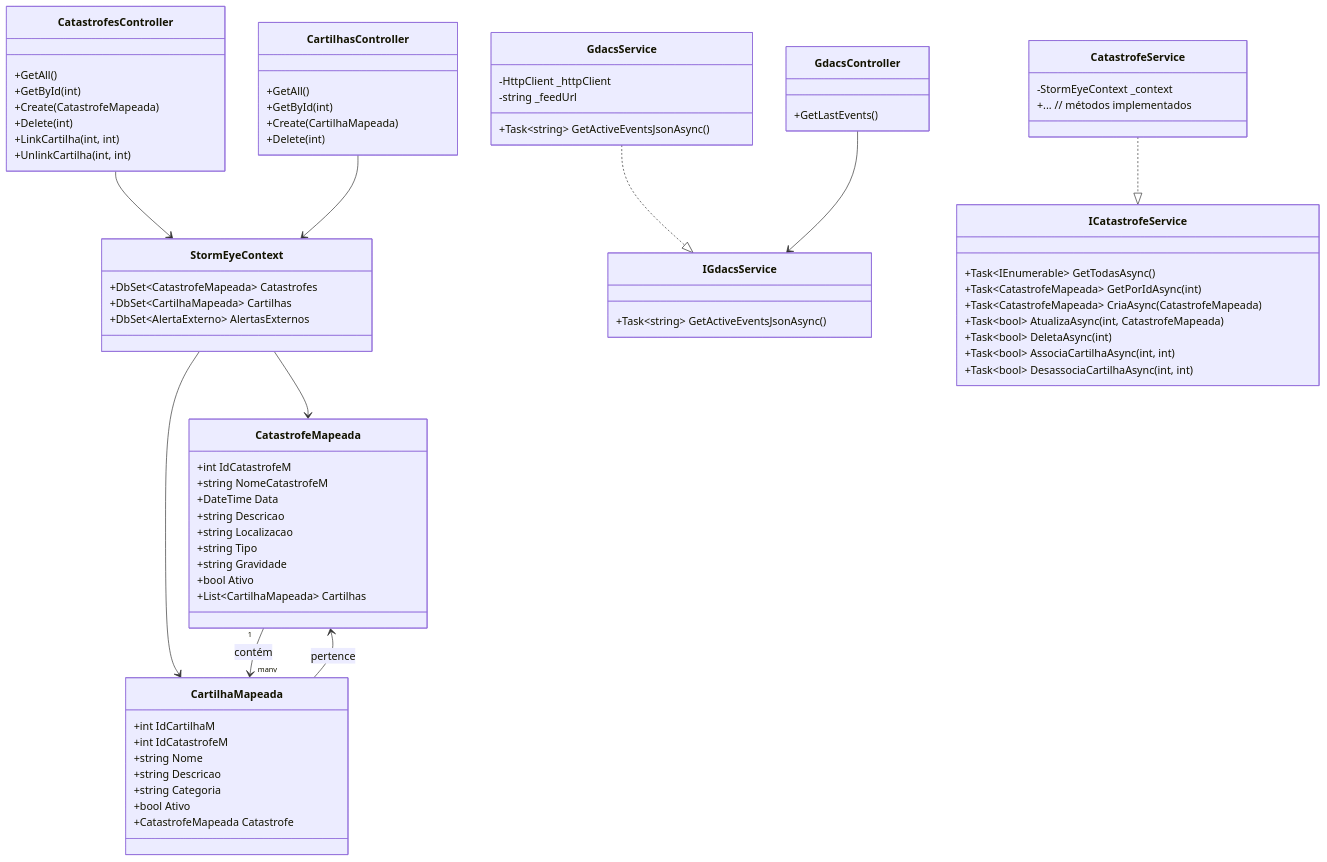
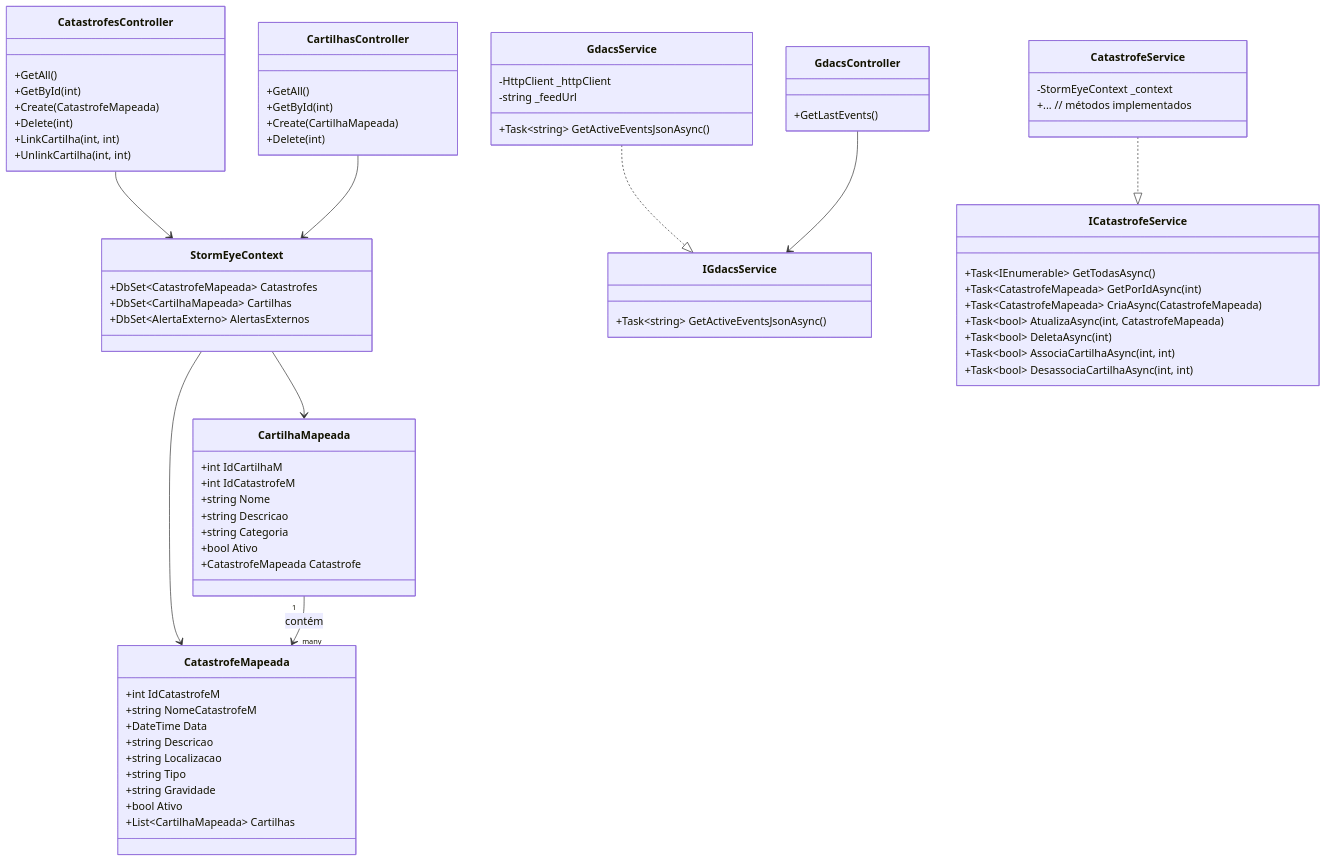
Before and after one commit to AdonayRocha/StormEye: the diagram in README.md, drawn with Mermaid.

````diff
--- a/README.md
+++ b/README.md
@@ -162,6 +162,5 @@
     GdacsController --> IGdacsService
     StormEyeContext --> CatastrofeMapeada
     StormEyeContext --> CartilhaMapeada
-    CatastrofeMapeada "1" --> "many" CartilhaMapeada : contém
-    CartilhaMapeada --> CatastrofeMapeada : pertence
+    CartilhaMapeada "1" --> "many" CatastrofeMapeada : contém
 ```
````
